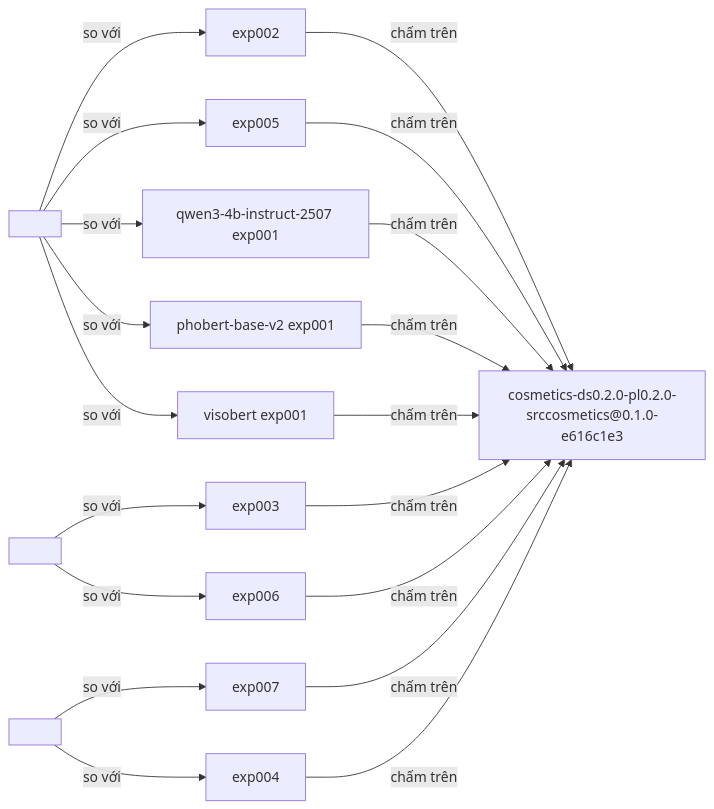
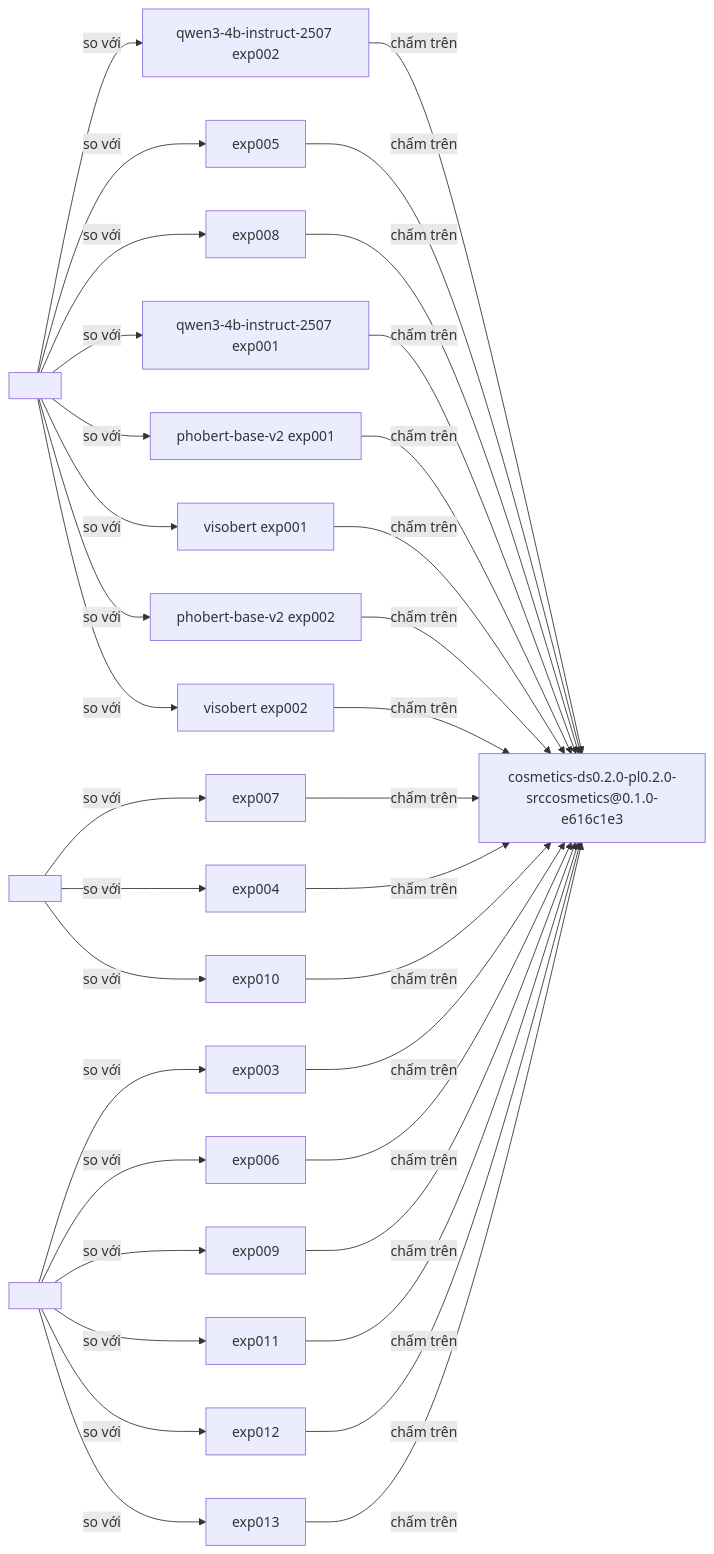
The diagram in data/reports/metrics_matrix/metrics_matrix.md (TrieuKhac-dev/SentimentX), drawn with Mermaid before and after one commit. The commit also changed 10 other files, not shown here.

````diff
--- a/data/reports/metrics_matrix/metrics_matrix.md
+++ b/data/reports/metrics_matrix/metrics_matrix.md
@@ -3,34 +3,58 @@
 ```mermaid
 graph LR
   n1["<công bố COT+0-shot>"]
-  n2["exp002"]
+  n2["qwen3-4b-instruct-2507 exp002"]
   n3["exp005"]
-  n4["<công bố COT+1-shot>"]
-  n5["exp003"]
-  n6["exp006"]
-  n7["<công bố COT+5-shot>"]
-  n8["exp007"]
-  n9["exp004"]
-  n10["qwen3-4b-instruct-2507 exp001"]
-  n11["phobert-base-v2 exp001"]
-  n12["visobert exp001"]
-  n13["cosmetics-ds0.2.0-pl0.2.0-srccosmetics@0.1.0-e616c1e3"]
+  n4["exp008"]
+  n5["<công bố COT+1-shot>"]
+  n6["exp003"]
+  n7["exp006"]
+  n8["exp009"]
+  n9["exp011"]
+  n10["exp012"]
+  n11["exp013"]
+  n12["<công bố COT+5-shot>"]
+  n13["exp007"]
+  n14["exp004"]
+  n15["exp010"]
+  n16["qwen3-4b-instruct-2507 exp001"]
+  n17["phobert-base-v2 exp001"]
+  n18["visobert exp001"]
+  n19["phobert-base-v2 exp002"]
+  n20["visobert exp002"]
+  n21["cosmetics-ds0.2.0-pl0.2.0-srccosmetics@0.1.0-e616c1e3"]
   n1 -->|so với| n2
   n1 -->|so với| n3
-  n4 -->|so với| n5
-  n4 -->|so với| n6
-  n7 -->|so với| n8
-  n7 -->|so với| n9
-  n1 -->|so với| n10
-  n1 -->|so với| n11
-  n1 -->|so với| n12
-  n10 -->|chấm trên| n13
-  n8 -->|chấm trên| n13
-  n2 -->|chấm trên| n13
-  n5 -->|chấm trên| n13
-  n3 -->|chấm trên| n13
-  n6 -->|chấm trên| n13
-  n11 -->|chấm trên| n13
-  n12 -->|chấm trên| n13
-  n9 -->|chấm trên| n13
+  n1 -->|so với| n4
+  n5 -->|so với| n6
+  n5 -->|so với| n7
+  n5 -->|so với| n8
+  n5 -->|so với| n9
+  n5 -->|so với| n10
+  n5 -->|so với| n11
+  n12 -->|so với| n13
+  n12 -->|so với| n14
+  n12 -->|so với| n15
+  n1 -->|so với| n16
+  n1 -->|so với| n17
+  n1 -->|so với| n18
+  n1 -->|so với| n19
+  n1 -->|so với| n20
+  n16 -->|chấm trên| n21
+  n13 -->|chấm trên| n21
+  n2 -->|chấm trên| n21
+  n6 -->|chấm trên| n21
+  n3 -->|chấm trên| n21
+  n7 -->|chấm trên| n21
+  n17 -->|chấm trên| n21
+  n18 -->|chấm trên| n21
+  n14 -->|chấm trên| n21
+  n19 -->|chấm trên| n21
+  n20 -->|chấm trên| n21
+  n4 -->|chấm trên| n21
+  n8 -->|chấm trên| n21
+  n9 -->|chấm trên| n21
+  n10 -->|chấm trên| n21
+  n11 -->|chấm trên| n21
+  n15 -->|chấm trên| n21
 ```
````
